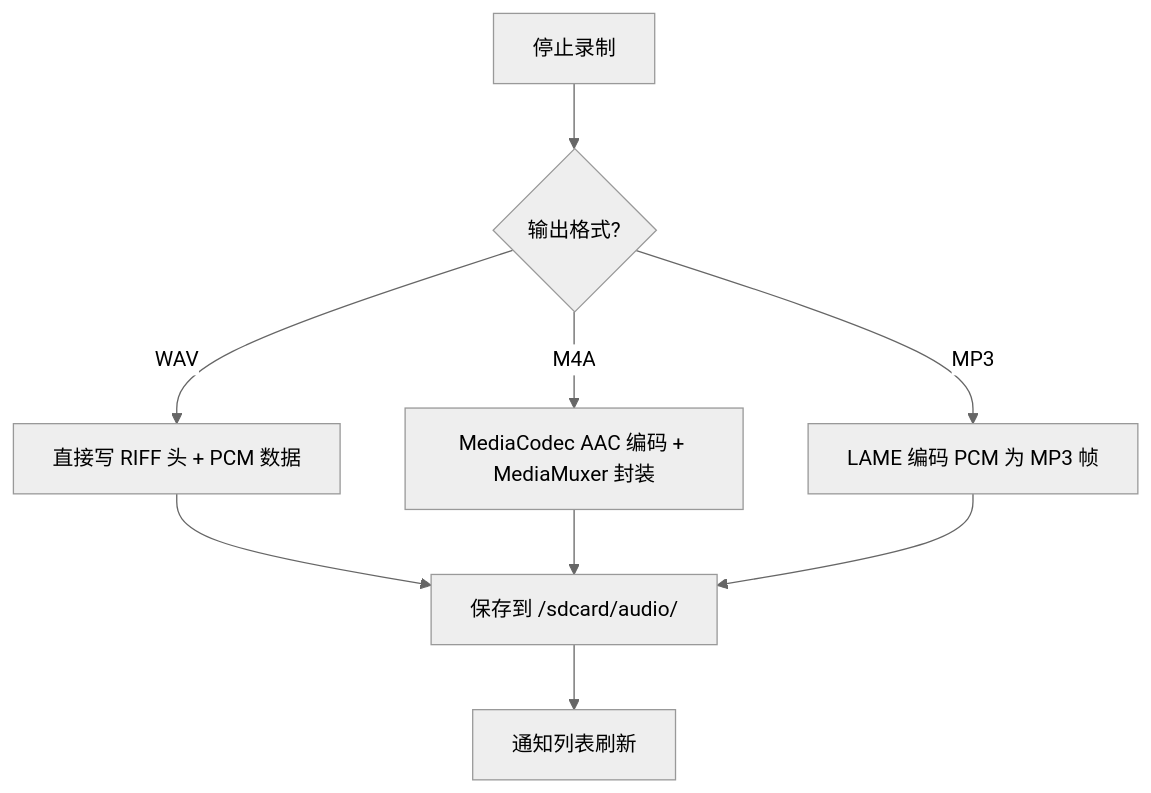
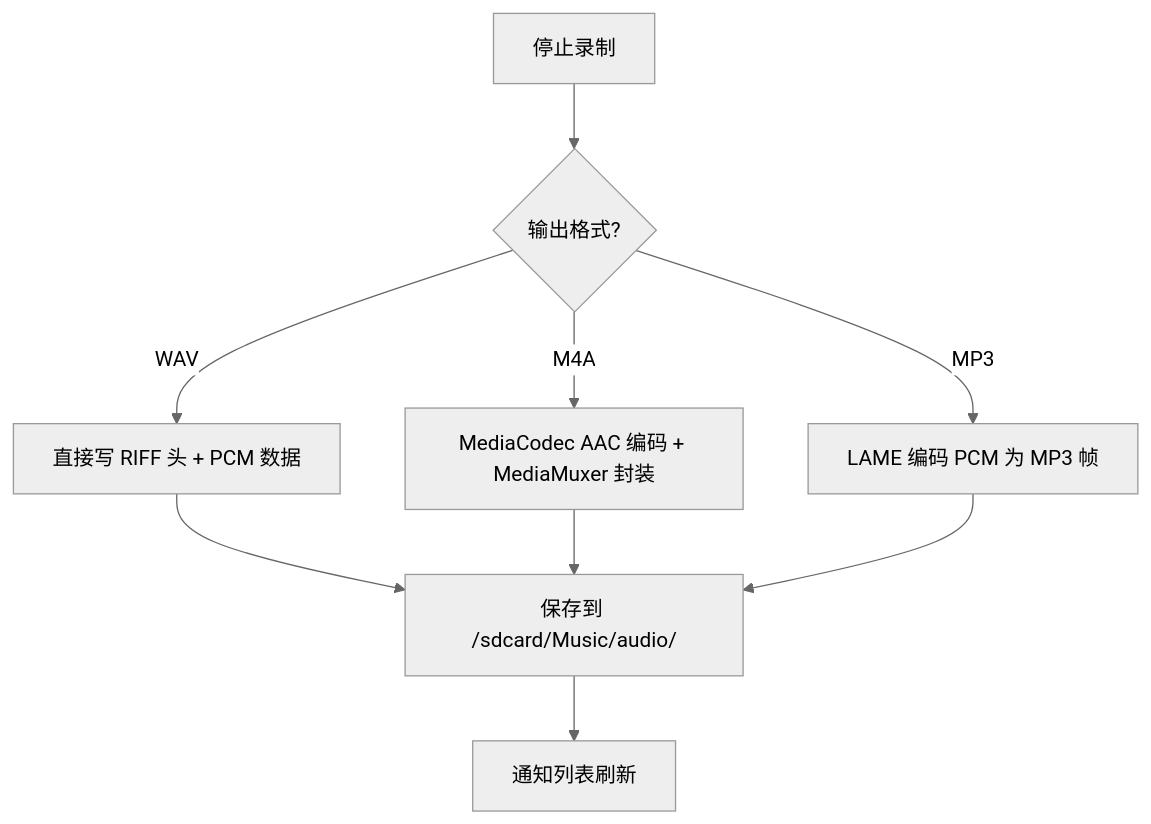
One commit to arrayforward/internal_audio changed the second of 4 diagrams in docs/AudioCapture_Design.md. Above: the diagram before and after it, drawn with Mermaid (neutral theme). The commit also changed other lines of this file and 5 other files, not shown here.

````diff
--- a/docs/AudioCapture_Design.md
+++ b/docs/AudioCapture_Design.md
@@ -128,11 +128,11 @@
 ```mermaid
 graph TD
     A[停止录制] --> B{输出格式?}
     B -->|WAV| C[直接写 RIFF 头 + PCM 数据]
     B -->|M4A| D[MediaCodec AAC 编码 + MediaMuxer 封装]
     B -->|MP3| E[LAME 编码 PCM 为 MP3 帧]
-    C --> F[保存到 /sdcard/audio/]
+    C --> F[保存到 /sdcard/Music/audio/]
     D --> F
     E --> F
     F --> G[通知列表刷新]
 ```
````
